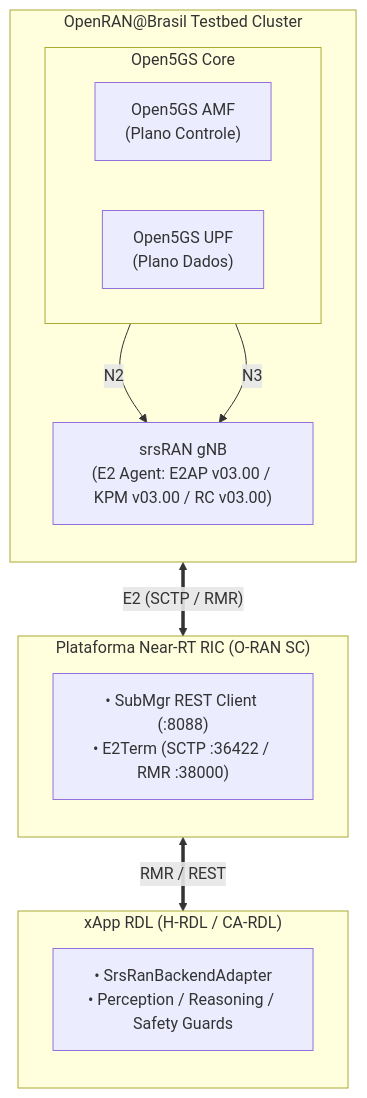
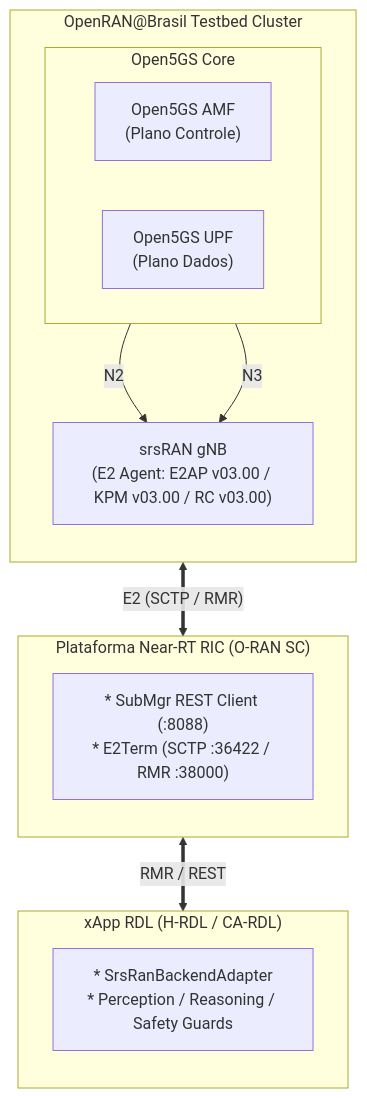
Before and after one commit to georgebarbosa3090/XApp-RDL-F2: the diagram in docs/compliance/OPENRAN_BRASIL_INTEGRATION.md, drawn with Mermaid. The commit also changed 30 other files, not shown here.

````diff
--- a/docs/compliance/OPENRAN_BRASIL_INTEGRATION.md
+++ b/docs/compliance/OPENRAN_BRASIL_INTEGRATION.md
@@ -13,27 +13,27 @@
 ```mermaid
 flowchart TD
     subgraph TESTBED["OpenRAN@Brasil Testbed Cluster"]
         direction TB
         subgraph CORE["Open5GS Core"]
             direction LR
             AMF["Open5GS AMF<br/>(Plano Controle)"]
             UPF["Open5GS UPF<br/>(Plano Dados)"]
         end
         GNB["srsRAN gNB<br/>(E2 Agent: E2AP v03.00 / KPM v03.00 / RC v03.00)"]
         AMF -->|"N2"| GNB
         UPF -->|"N3"| GNB
     end
 
     subgraph RIC_PLT["Plataforma Near-RT RIC (O-RAN SC)"]
         direction TB
-        RIC_COMP["• SubMgr REST Client (:8088)<br/>• E2Term (SCTP :36422 / RMR :38000)"]
+        RIC_COMP["* SubMgr REST Client (:8088)<br/>* E2Term (SCTP :36422 / RMR :38000)"]
     end
 
     subgraph RDL_APP["xApp RDL (H-RDL / CA-RDL)"]
         direction TB
-        RDL_COMP["• SrsRanBackendAdapter<br/>• Perception / Reasoning / Safety Guards"]
+        RDL_COMP["* SrsRanBackendAdapter<br/>* Perception / Reasoning / Safety Guards"]
     end
 
     GNB <==>|"E2 (SCTP / RMR)"| RIC_PLT
     RIC_PLT <==>|"RMR / REST"| RDL_APP
 ```
````
